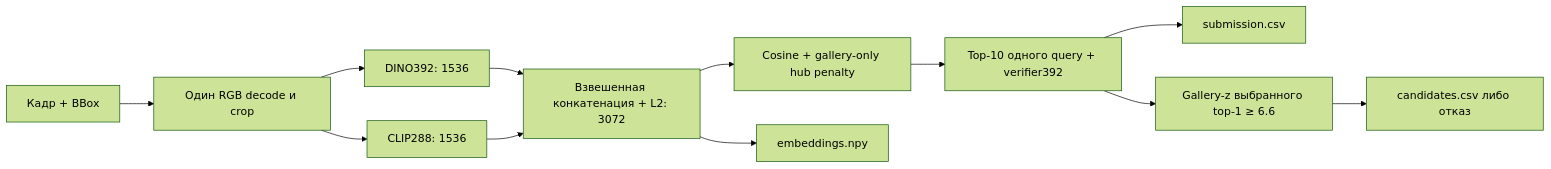
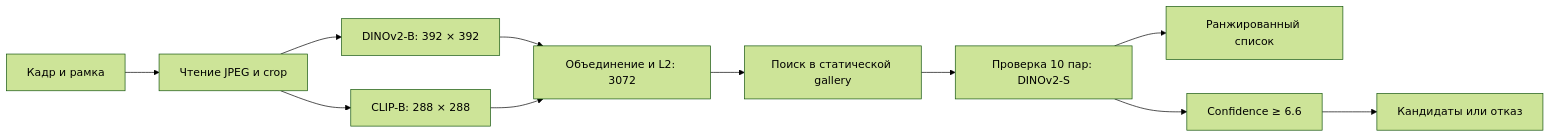
Before and after one commit to Timur713/hf_2026: the diagram in README.md, drawn with Mermaid (forest theme). The commit also changed other lines of this file and 308 other files, not shown here.

````diff
--- a/README.md
+++ b/README.md
@@ -87,14 +56,13 @@
 ```mermaid
 flowchart LR
-    I[Кадр + BBox] --> C[Один RGB decode и crop]
-    C --> D[DINO392: 1536]
-    C --> L[CLIP288: 1536]
-    D --> F[Взвешенная конкатенация + L2: 3072]
-    L --> F
-    F --> G[Cosine + gallery-only hub penalty]
-    G --> V[Top-10 одного query + verifier392]
-    V --> R[submission.csv]
-    V --> T[Gallery-z выбранного top-1 ≥ 6.6]
-    T --> A[candidates.csv либо отказ]
-    F --> E[embeddings.npy]
+    I[Кадр и рамка] --> C[Чтение JPEG и crop]
+    C --> D[DINOv2-B: 392 × 392]
+    C --> L[CLIP-B: 288 × 288]
+    D --> E[Объединение и L2: 3072]
+    L --> E
+    E --> S[Поиск в статической gallery]
+    S --> V[Проверка 10 пар: DINOv2-S]
+    V --> R[Ранжированный список]
+    V --> T[Confidence ≥ 6.6]
+    T --> A[Кандидаты или отказ]
 ```
````
